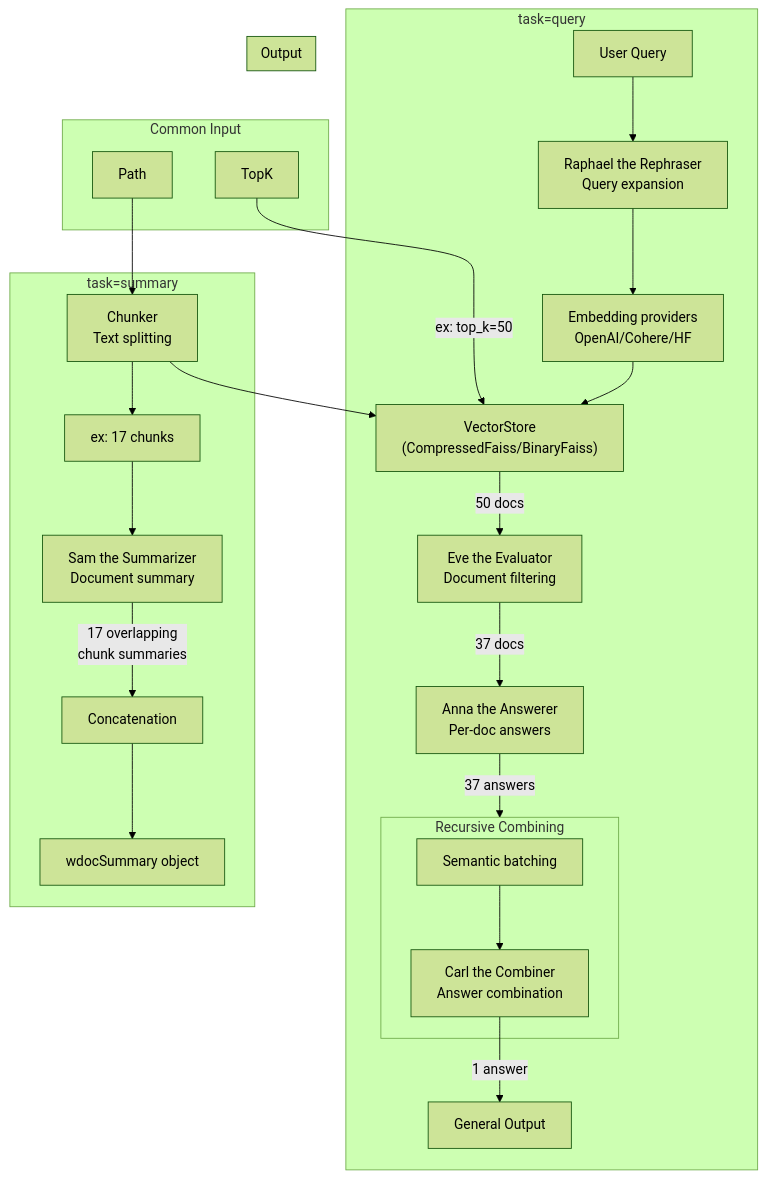
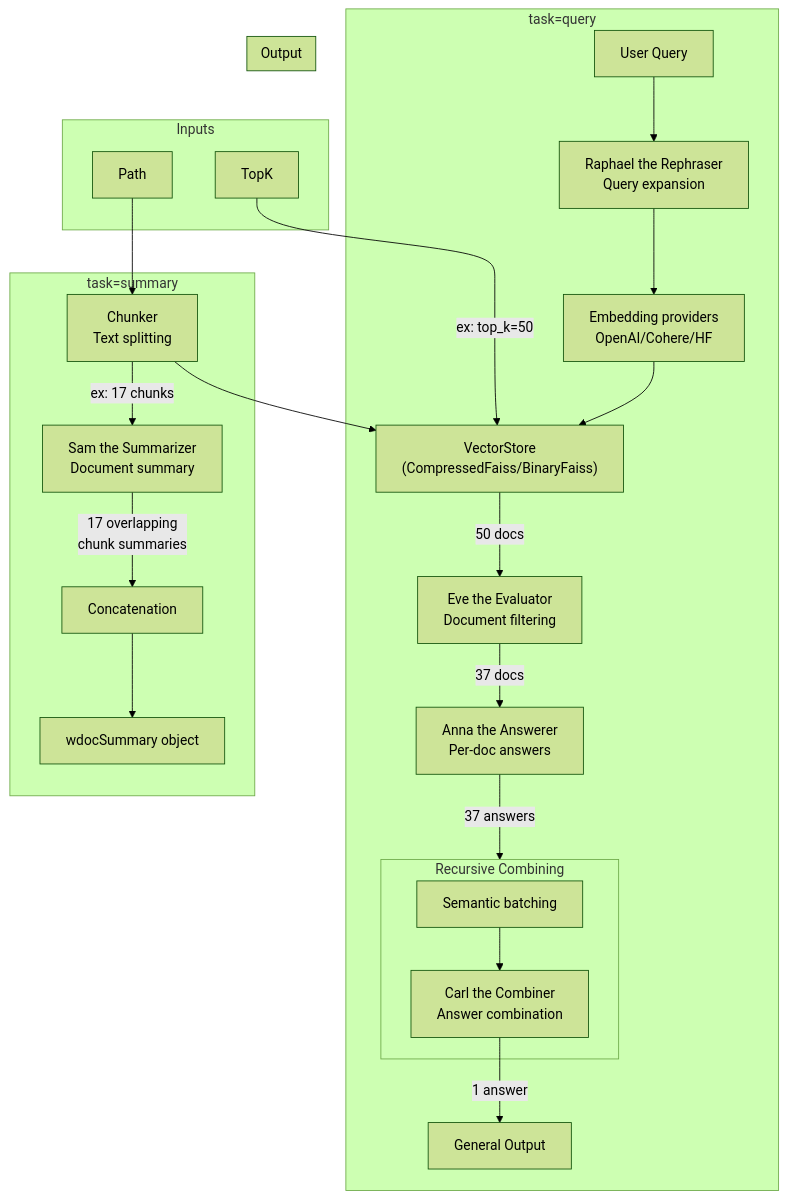
Before and after one commit to thiswillbeyourgithub/wdoc: the diagram in images/diagram.mmd, drawn with Mermaid (forest theme).

Commit message:
refactor: rename common input to "Inputs" and move chunk label to arrow

```diff
--- a/images/diagram.mmd
+++ b/images/diagram.mmd
@@ -1,53 +1,51 @@
 flowchart TD
-    subgraph CommonInput["Common Input"]
+    subgraph Inputs["Inputs"]
         Path["Path"]
         TopK["TopK"]
     end
 
     Embeddings["Embedding providers<br/>OpenAI/Cohere/HF"]
     VectorStore["VectorStore<br/>(CompressedFaiss/BinaryFaiss)"]
     Chunker["Chunker<br/>Text splitting"]
 
     Path --> Chunker
     Chunker --> VectorStore
     Embeddings --> VectorStore
 
     subgraph QueryTask["task=query"]
         UserQuery["User Query"]
         Raphael["Raphael the Rephraser<br/>Query expansion"]
         Eve["Eve the Evaluator<br/>Document filtering"]
         Anna["Anna the Answerer<br/>Per-doc answers"]
         
         subgraph RecursiveCombining["Recursive Combining"]
             SemanticBatching["Semantic batching"]
             Carl["Carl the Combiner<br/>Answer combination"]
             SemanticBatching --> Carl
         end
         
         QueryOutput["General Output"]
         
         UserQuery --> Raphael
         Raphael --> Embeddings
         TopK -->|ex: top_k=50| VectorStore
         VectorStore -->|50 docs| Eve
         Eve -->|37 docs| Anna
         Anna -->|37 answers| RecursiveCombining
         Carl -->|1 answer| QueryOutput["General Output"]
     end
 
     subgraph SummaryTask["task=summary"]
-        ChunkExample["ex: 17 chunks"]
         Sam["Sam the Summarizer<br/>Document summary"]
         Concatenation["Concatenation"]
         SummaryOutput["wdocSummary object"]
         
-        Chunker --> ChunkExample
-        ChunkExample --> Sam
+        Chunker -->|ex: 17 chunks| Sam
         Sam -->|17 overlapping<br/>chunk summaries| Concatenation
         Concatenation --> SummaryOutput["wdocSummary object"]
     end
 
     subgraph Output["Output"]
         QueryOutput
         SummaryOutput
     end
```
